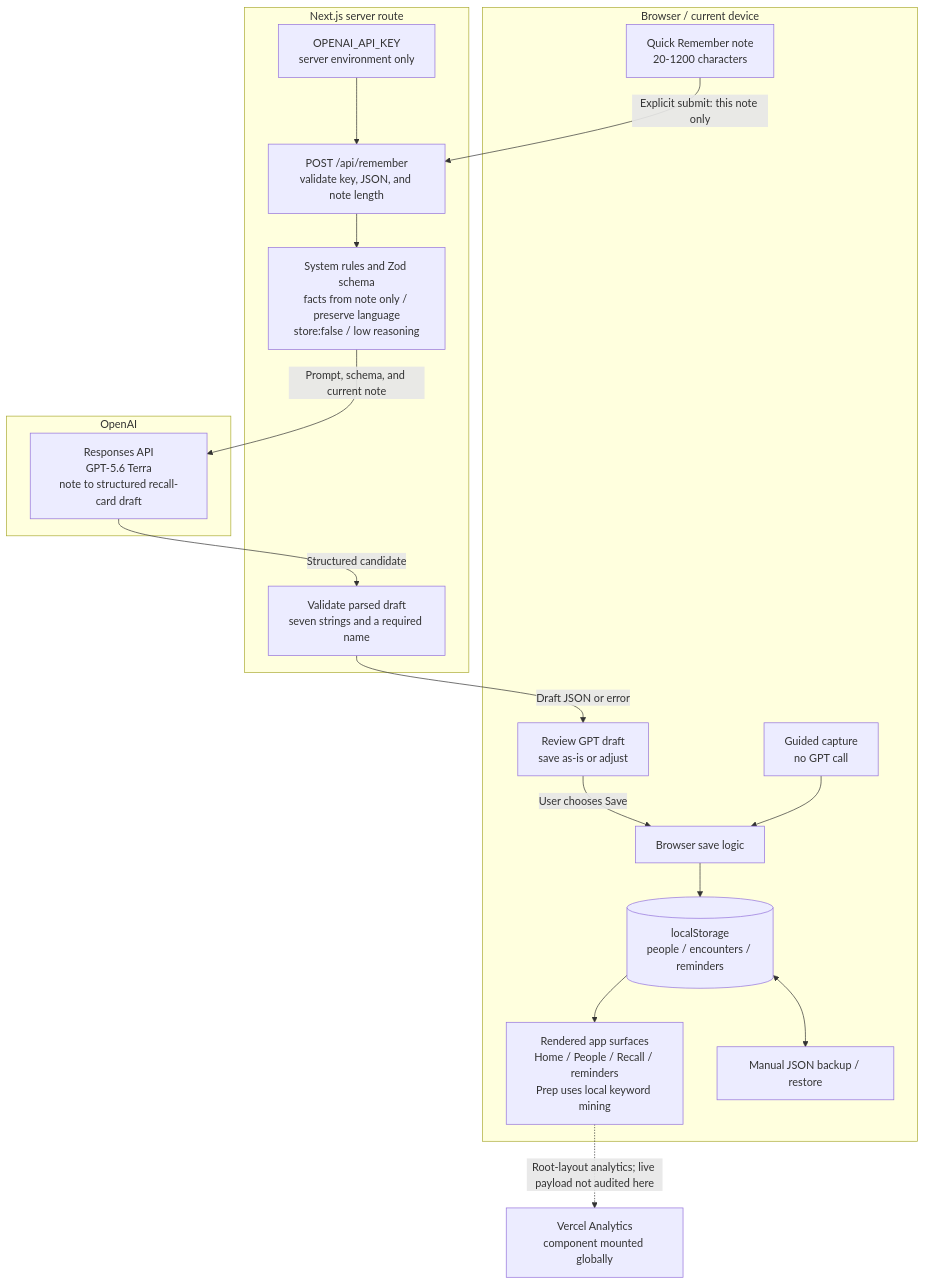
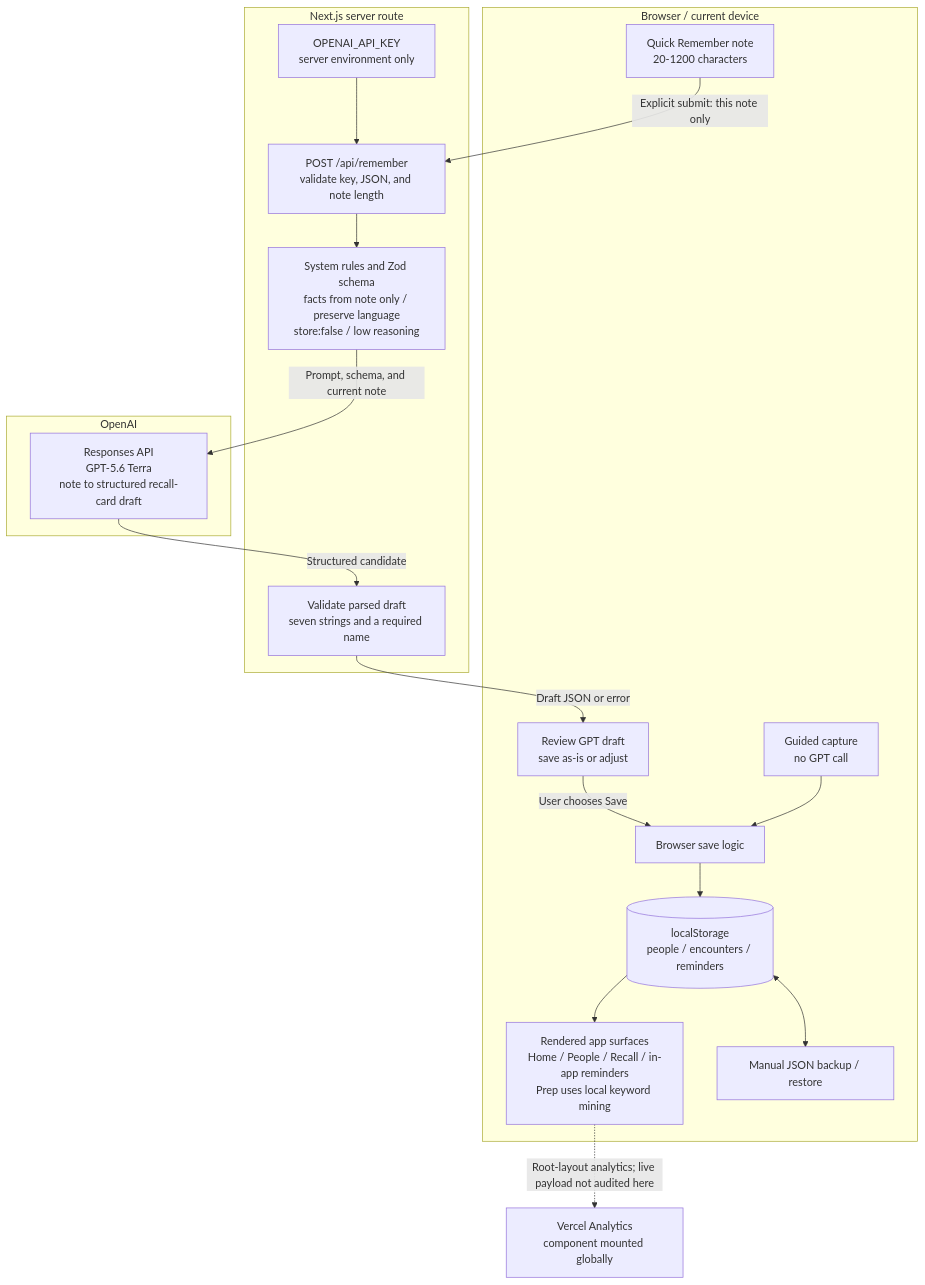
The second of 2 diagrams in README.md (HuiYingChung/re-hello), drawn with Mermaid before and after one commit. The commit also changed other lines of this file and 8 other files, not shown here.

````diff
--- a/README.md
+++ b/README.md
@@ -148,38 +151,38 @@
 ```mermaid
 flowchart TD
   subgraph browser["Browser / current device"]
     Q["Quick Remember note<br/>20-1200 characters"]
     G["Guided capture<br/>no GPT call"]
     R["Review GPT draft<br/>save as-is or adjust"]
     S["Browser save logic"]
     L[("localStorage<br/>people / encounters / reminders")]
-    F["Rendered app surfaces<br/>Home / People / Recall / reminders<br/>Prep uses local keyword mining"]
+    F["Rendered app surfaces<br/>Home / People / Recall / in-app reminders<br/>Prep uses local keyword mining"]
     B["Manual JSON backup / restore"]
   end
 
   subgraph server["Next.js server route"]
     K["OPENAI_API_KEY<br/>server environment only"]
     A["POST /api/remember<br/>validate key, JSON, and note length"]
     P["System rules and Zod schema<br/>facts from note only / preserve language<br/>store:false / low reasoning"]
     V["Validate parsed draft<br/>seven strings and a required name"]
   end
 
   subgraph openai["OpenAI"]
     M["Responses API<br/>GPT-5.6 Terra<br/>note to structured recall-card draft"]
   end
 
   T["Vercel Analytics<br/>component mounted globally"]
 
   Q -->|"Explicit submit: this note only"| A
   K --> A
   A --> P
   P -->|"Prompt, schema, and current note"| M
   M -->|"Structured candidate"| V
   V -->|"Draft JSON or error"| R
   R -->|"User chooses Save"| S
   G --> S
   S --> L
   L --> F
   L <--> B
   F -.->|"Root-layout analytics; live payload not audited here"| T
 ```
````
